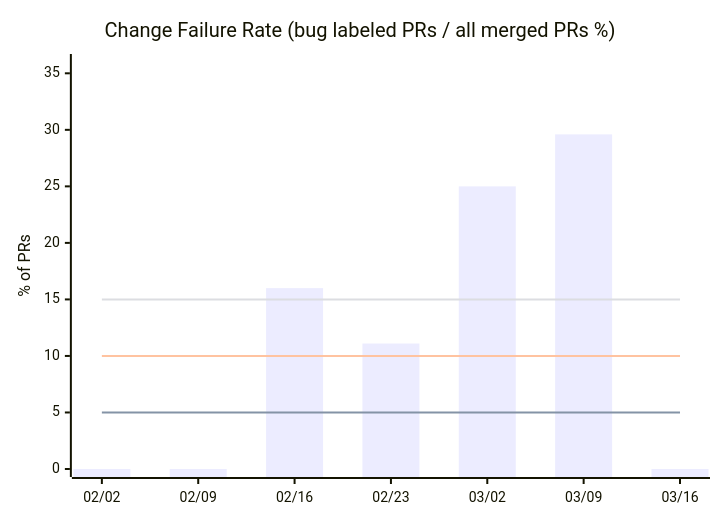
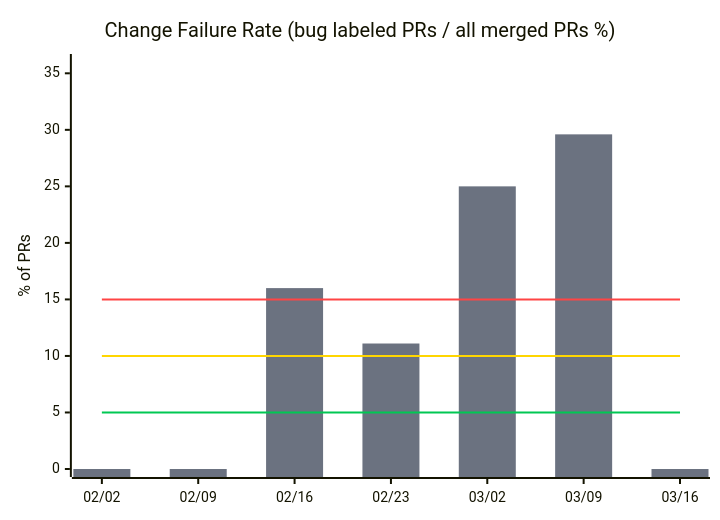
The third of 11 diagrams in docs/metrics.md (nablarch/nabledge-dev), drawn with Mermaid before and after one commit. The commit also changed other lines of this file and 1 other file, not shown here.

Commit message:
experiment: add legend and colored threshold lines to CFR chart

````diff
--- a/docs/metrics.md
+++ b/docs/metrics.md
@@ -58,10 +60,11 @@
 ```mermaid
+%%{init: {'theme': 'base', 'themeVariables': {'xyChart': {'plotColorPalette': '#6B7280,#00C853,#FFD600,#FF4444'}}}}%%
 xychart-beta
   title "Change Failure Rate (bug labeled PRs / all merged PRs %)"
   x-axis ["02/02", "02/09", "02/16", "02/23", "03/02", "03/09", "03/16"]
   y-axis "% of PRs" 0 --> 36
   bar [0, 0, 16, 11.1, 25, 29.6, 0]
   line [5, 5, 5, 5, 5, 5, 5]
   line [10, 10, 10, 10, 10, 10, 10]
   line [15, 15, 15, 15, 15, 15, 15]
 ```
````
